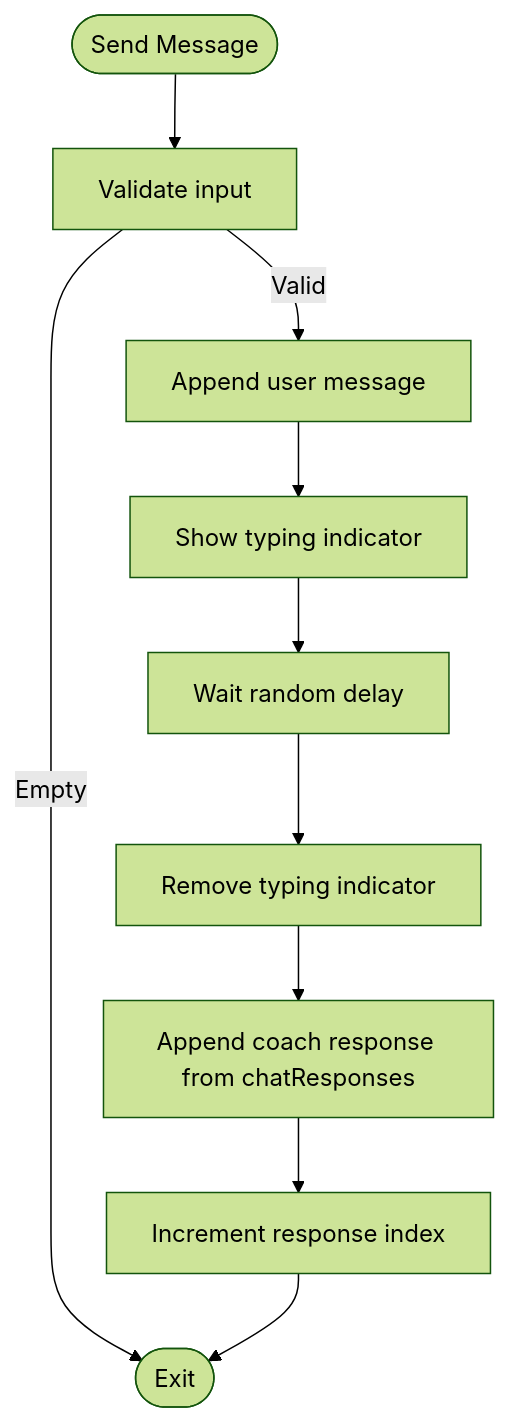
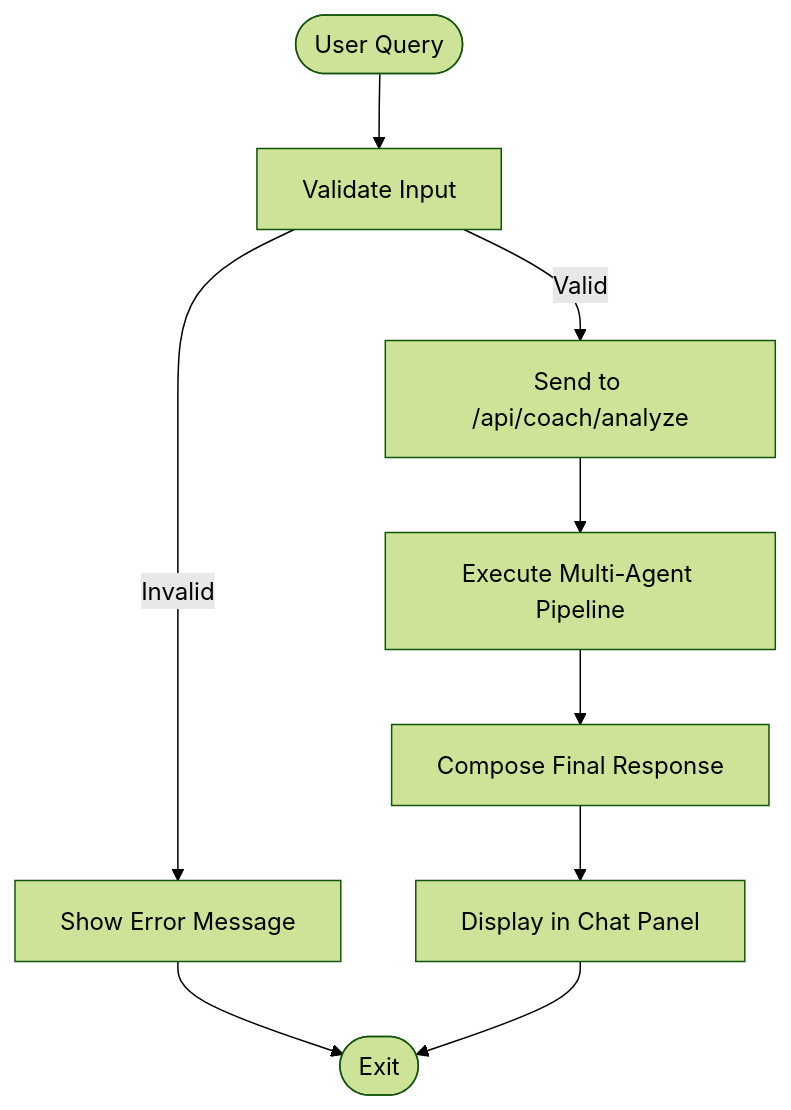
One commit to Alishba-Moin/CareerCompass changed the third of 6 diagrams in .qoder/repowiki/en/content/Customization Guide.md. Above: the diagram before and after it, drawn with Mermaid (forest theme). The commit also changed other lines of this file and 38 other files, not shown here.

Commit message:
Add Roadmap pdf download option

````diff
--- a/.qoder/repowiki/en/content/Customization Guide.md
+++ b/.qoder/repowiki/en/content/Customization Guide.md
@@ -126,12 +163,11 @@
 ```mermaid
 flowchart TD
-Start(["Send Message"]) --> Validate["Validate input"]
-Validate --> |Empty| End(["Exit"])
-Validate --> |Valid| AppendUser["Append user message"]
-AppendUser --> ShowTyping["Show typing indicator"]
-ShowTyping --> Delay["Wait random delay"]
-Delay --> RemoveTyping["Remove typing indicator"]
-RemoveTyping --> AppendCoach["Append coach response from chatResponses"]
-AppendCoach --> IncrementIndex["Increment response index"]
-IncrementIndex --> End
+Start(["User Query"]) --> Validate["Validate Input"]
+Validate --> |Valid| SendToAPI["Send to /api/coach/analyze"]
+Validate --> |Invalid| ShowError["Show Error Message"]
+SendToAPI --> Pipeline["Execute Multi-Agent Pipeline"]
+Pipeline --> ComposeReply["Compose Final Response"]
+ComposeReply --> Display["Display in Chat Panel"]
+ShowError --> End(["Exit"])
+Display --> End
 ```
````
